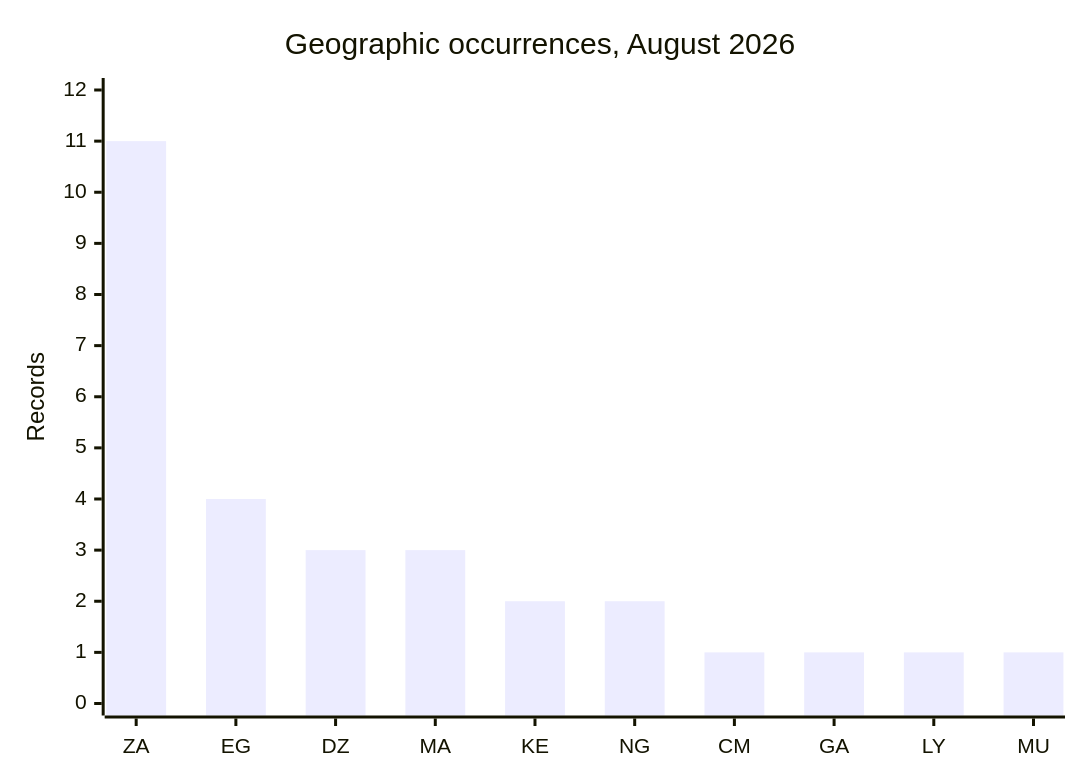
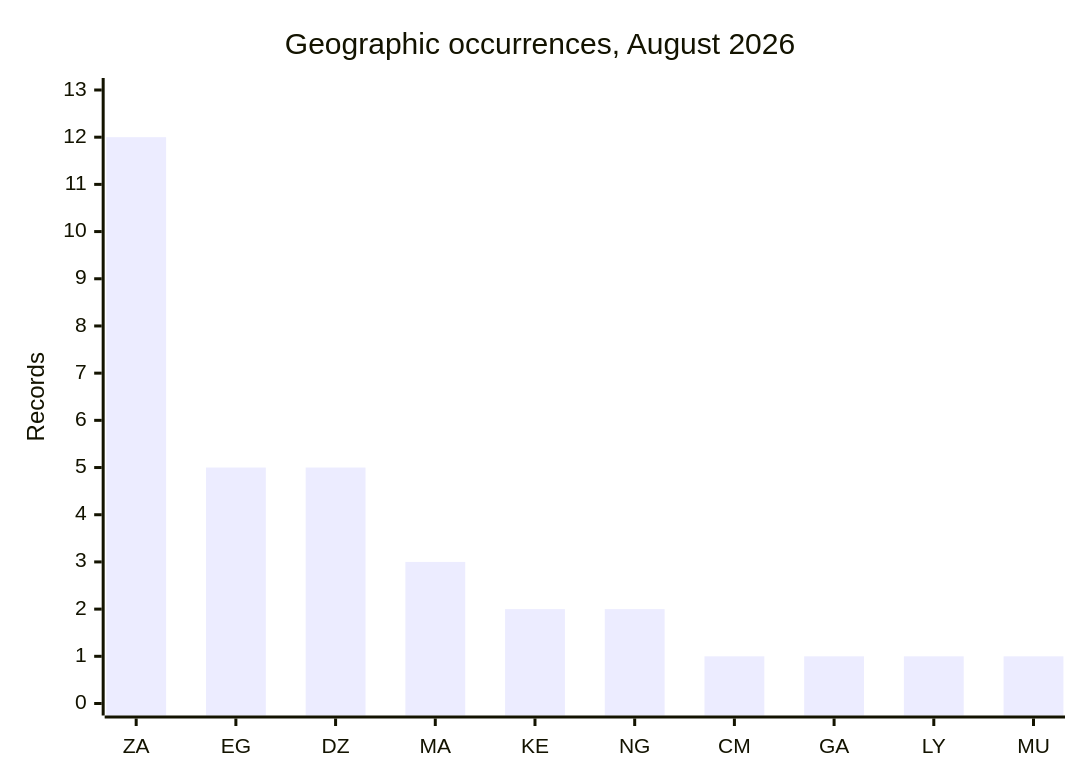
Before and after one commit to Hatchepsoute/AFRINTEL: the diagram in visual-intelligence/08-august/country-hotspots_august_2026.md, drawn with Mermaid. The commit also changed other lines of this file and 401 other files, not shown here.

````diff
--- a/visual-intelligence/08-august/country-hotspots_august_2026.md
+++ b/visual-intelligence/08-august/country-hotspots_august_2026.md
@@ -16,7 +16,7 @@
 ```mermaid
 xychart-beta
     title "Geographic occurrences, August 2026"
     x-axis [ZA, EG, DZ, MA, KE, NG, CM, GA, LY, MU]
-    y-axis "Records" 0 --> 12
-    bar [11, 4, 3, 3, 2, 2, 1, 1, 1, 1]
+    y-axis "Records" 0 --> 13
+    bar [12, 5, 5, 3, 2, 2, 1, 1, 1, 1]
 ```
````
